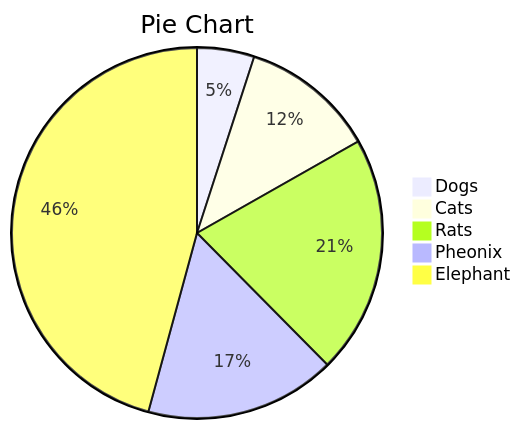
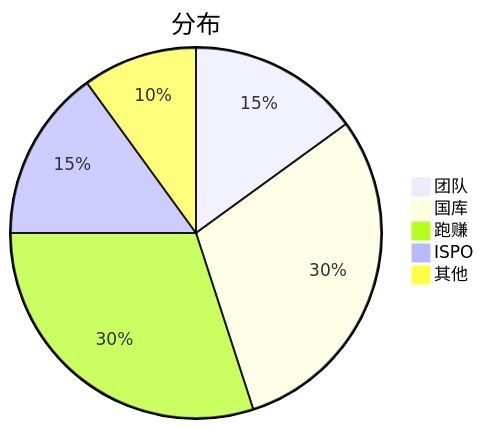
Before and after one commit to runner-genius/runner-genius.github.io: the diagram in pages/index-cn.md, drawn with Mermaid. The commit also changed other lines of this file and 2 other files, not shown here.

````diff
--- a/pages/index-cn.md
+++ b/pages/index-cn.md
@@ -61,9 +61,9 @@
 ```mermaid
 pie
-    title Pie Chart
-    "Dogs" : 36
-    "Cats" : 85
-    "Rats" : 150
-    "Pheonix" : 120
-    "Elephant" : 330
+    title 分布
+    "团队" : 15
+    "国库" : 30
+    "跑赚" : 30
+    "ISPO" : 15
+    "其他" : 10
 ```
````
